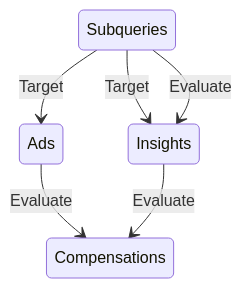
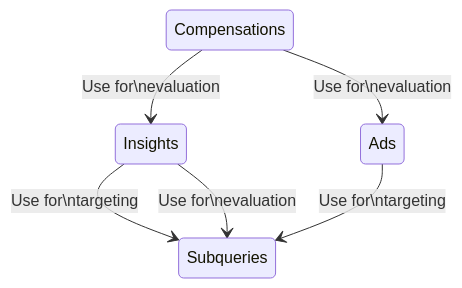
The second of 2 diagrams in documentation/sdql/INTRODUCTION.md (SnickerdoodleLabs/protocol), drawn with Mermaid before and after one commit. The commit also changed other lines of this file, not shown here.

````diff
--- a/documentation/sdql/INTRODUCTION.md
+++ b/documentation/sdql/INTRODUCTION.md
@@ -93,8 +93,8 @@
 ```mermaid
 stateDiagram-v2
-  Subqueries --> Insights: Target
-  Subqueries --> Insights: Evaluate
-  Subqueries --> Ads: Target
-  Ads --> Compensations: Evaluate
-  Insights --> Compensations: Evaluate
+  Insights --> Subqueries: Use for\ntargeting
+  Insights --> Subqueries: Use for\nevaluation
+  Ads --> Subqueries: Use for\ntargeting
+  Compensations --> Insights: Use for\nevaluation
+  Compensations --> Ads: Use for\nevaluation
 ```
````
